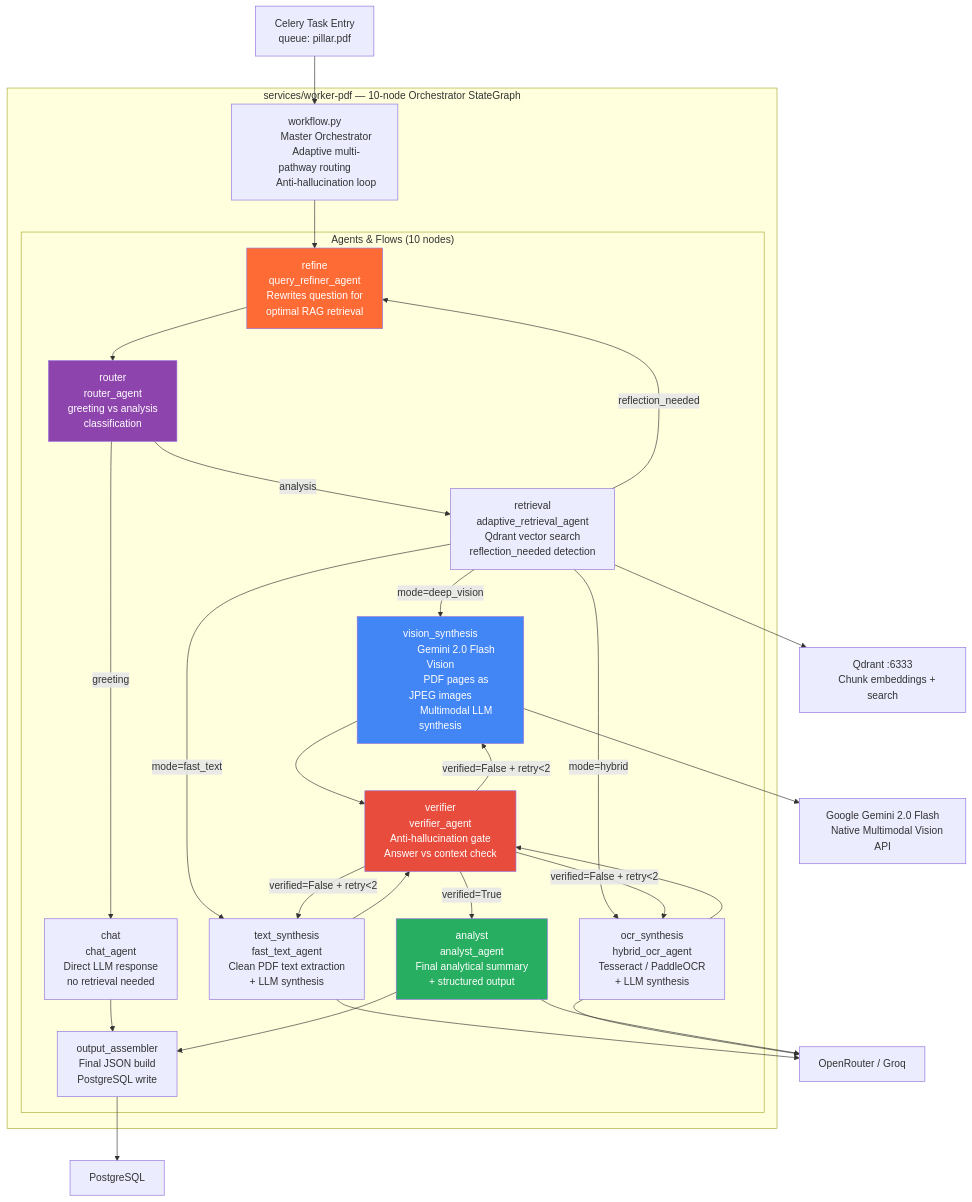
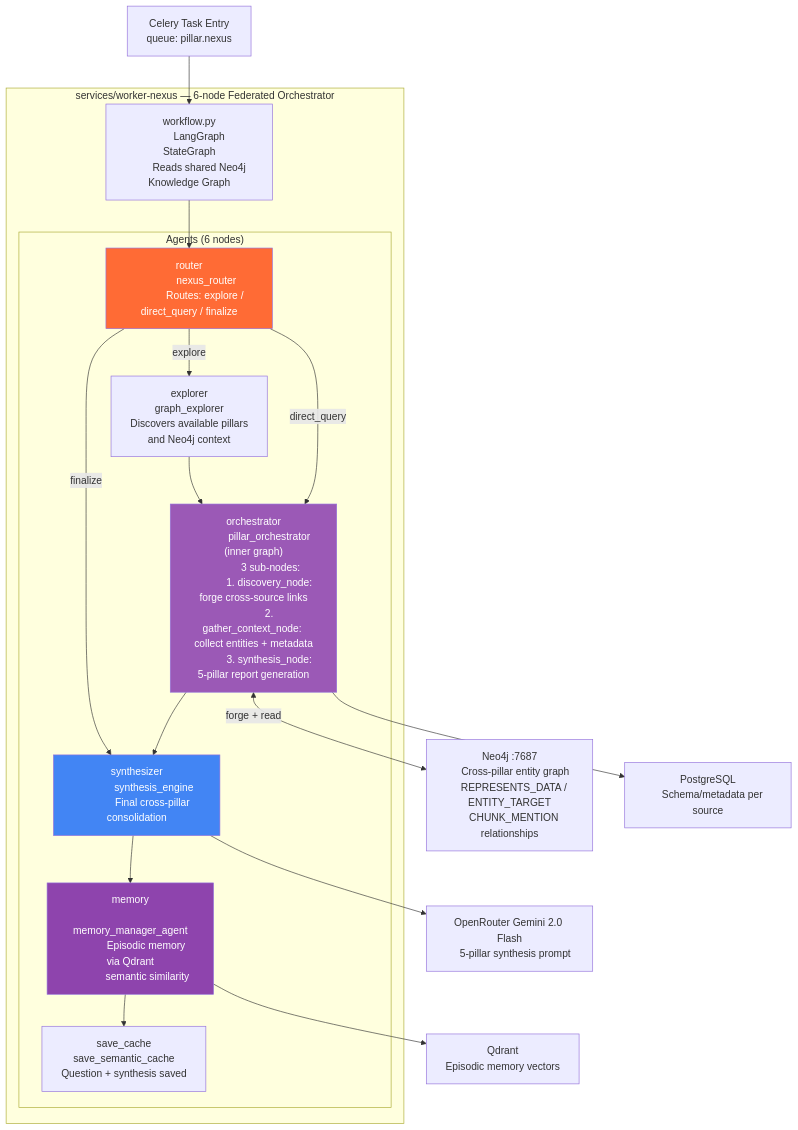
Before and after one commit to OmarAbdelhamidAly/OpenQ-Federated-Agentic-Intelligence-Platform: the eighth of 13 diagrams in NTI_C4_DIAGRAMS.md, drawn with Mermaid. The commit also changed other lines of this file and 15 other files, not shown here.

````diff
--- a/NTI_C4_DIAGRAMS.md
+++ b/NTI_C4_DIAGRAMS.md
@@ -644,95 +816,69 @@
 ```mermaid
 graph TD
     Celery["Celery Task Entry
-    queue: pillar.pdf"]
+    queue: pillar.nexus"]
 
-    subgraph PDFWorker ["services/worker-pdf — 10-node Orchestrator StateGraph"]
+    subgraph NexusWorker ["services/worker-nexus — 6-node Federated Orchestrator"]
         WF["workflow.py
-        Master Orchestrator
-        Adaptive multi-pathway routing
-        Anti-hallucination loop"]
+        LangGraph StateGraph
+        Reads shared Neo4j Knowledge Graph"]
 
-        subgraph Agents ["Agents & Flows (10 nodes)"]
-            RF["refine
-            query_refiner_agent
-            Rewrites question for
-            optimal RAG retrieval"]
+        subgraph Agents ["Agents (6 nodes)"]
+            RT["router
+            nexus_router
+            Routes: explore / direct_query / finalize"]
 
-            RT["router
-            router_agent
-            greeting vs analysis
-            classification"]
+            EX["explorer
+            graph_explorer
+            Discovers available pillars
+            and Neo4j context"]
 
-            CH["chat
-            chat_agent
-            Direct LLM response
-            no retrieval needed"]
+            OR["orchestrator
+            pillar_orchestrator (inner graph)
+            3 sub-nodes:
+            1. discovery_node: forge cross-source links
+            2. gather_context_node: collect entities + metadata
+            3. synthesis_node: 5-pillar report generation"]
 
-            RTV["retrieval
-            adaptive_retrieval_agent
-            Qdrant vector search
-            reflection_needed detection"]
+            SY["synthesizer
+            synthesis_engine
+            Final cross-pillar consolidation"]
 
-            VS["vision_synthesis
-            Gemini 2.0 Flash Vision
-            PDF pages as JPEG images
-            Multimodal LLM synthesis"]
+            MEM["memory
+            memory_manager_agent
+            Episodic memory via Qdrant
+            semantic similarity"]
 
-            TS["text_synthesis
-            fast_text_agent
-            Clean PDF text extraction
-            + LLM synthesis"]
-
-            OS["ocr_synthesis
-            hybrid_ocr_agent
-            Tesseract / PaddleOCR
-            + LLM synthesis"]
-
-            VR["verifier
-            verifier_agent
-            Anti-hallucination gate
-            Answer vs context check"]
-
-            AN["analyst
-            analyst_agent
-            Final analytical summary
-            + structured output"]
-
-            OA["output_assembler
-            Final JSON build
-            PostgreSQL write"]
+            SC["save_cache
+            save_semantic_cache
+            Question + synthesis saved"]
         end
     end
 
-    Qdrant["Qdrant :6333
-    Chunk embeddings + search"]
-    GeminiVision["Google Gemini 2.0 Flash
-    Native Multimodal Vision API"]
-    LLM["OpenRouter / Groq"]
-    PG["PostgreSQL"]
+    Neo4j["Neo4j :7687
+    Cross-pillar entity graph
+    REPRESENTS_DATA / ENTITY_TARGET
+    CHUNK_MENTION relationships"]
+    LLM["OpenRouter Gemini 2.0 Flash
+    5-pillar synthesis prompt"]
+    PG["PostgreSQL
+    Schema/metadata per source"]
+    QdrantMem["Qdrant
+    Episodic memory vectors"]
 
     Celery --> WF
-    WF --> RF --> RT
-    RT -->|"greeting"| CH --> OA
-    RT -->|"analysis"| RTV
-    RTV -->|"reflection_needed"| RF
-    RTV -->|"mode=deep_vision"| VS --> VR
-    RTV -->|"mode=fast_text"| TS --> VR
-    RTV -->|"mode=hybrid"| OS --> VR
-    VR -->|"verified=False + retry<2"| VS
-    VR -->|"verified=False + retry<2"| TS
-    VR -->|"verified=False + retry<2"| OS
-    VR -->|"verified=True"| AN --> OA
-    RTV --> Qdrant
-    VS --> GeminiVision
-    TS --> LLM
-    OS --> LLM
-    AN --> LLM
-    OA --> PG
+    WF --> RT
+    RT -->|"explore"| EX --> OR
+    RT -->|"direct_query"| OR
+    RT -->|"finalize"| SY
+    OR --> SY --> MEM --> SC
+    OR <-->|"forge + read"| Neo4j
+    OR --> PG
+    SY --> LLM
+    MEM --> QdrantMem
 
-    style RF fill:#FF6B35,color:#fff
-    style VR fill:#E74C3C,color:#fff
-    style VS fill:#4285F4,color:#fff
-    style RT fill:#8E44AD,color:#fff
-    style AN fill:#27AE60,color:#fff
+    style OR fill:#9B59B6,color:#fff
+    style RT fill:#FF6B35,color:#fff
+    style SY fill:#4285F4,color:#fff
+    style MEM fill:#8E44AD,color:#fff
 ```
````
